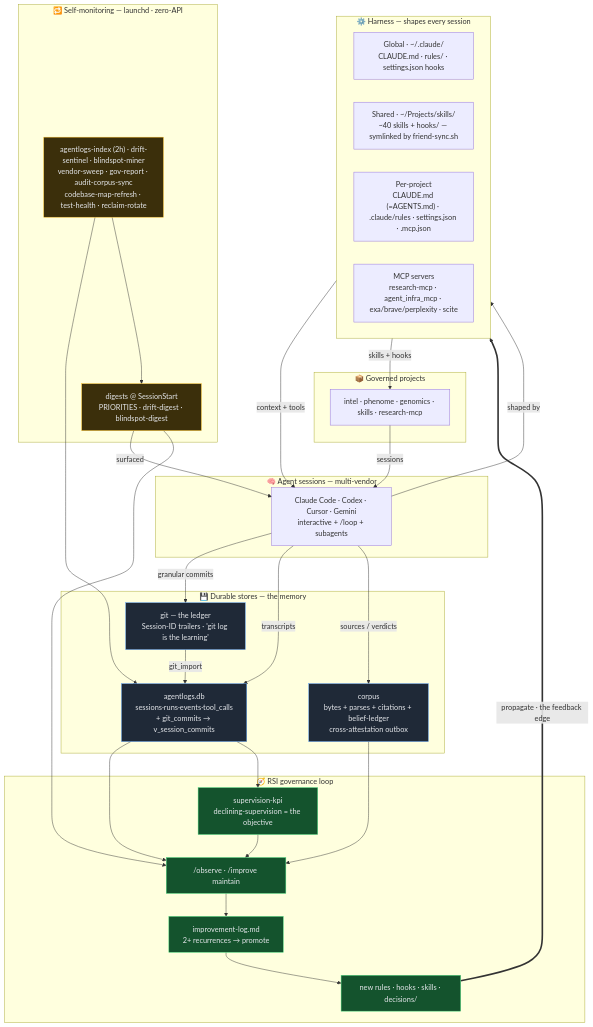
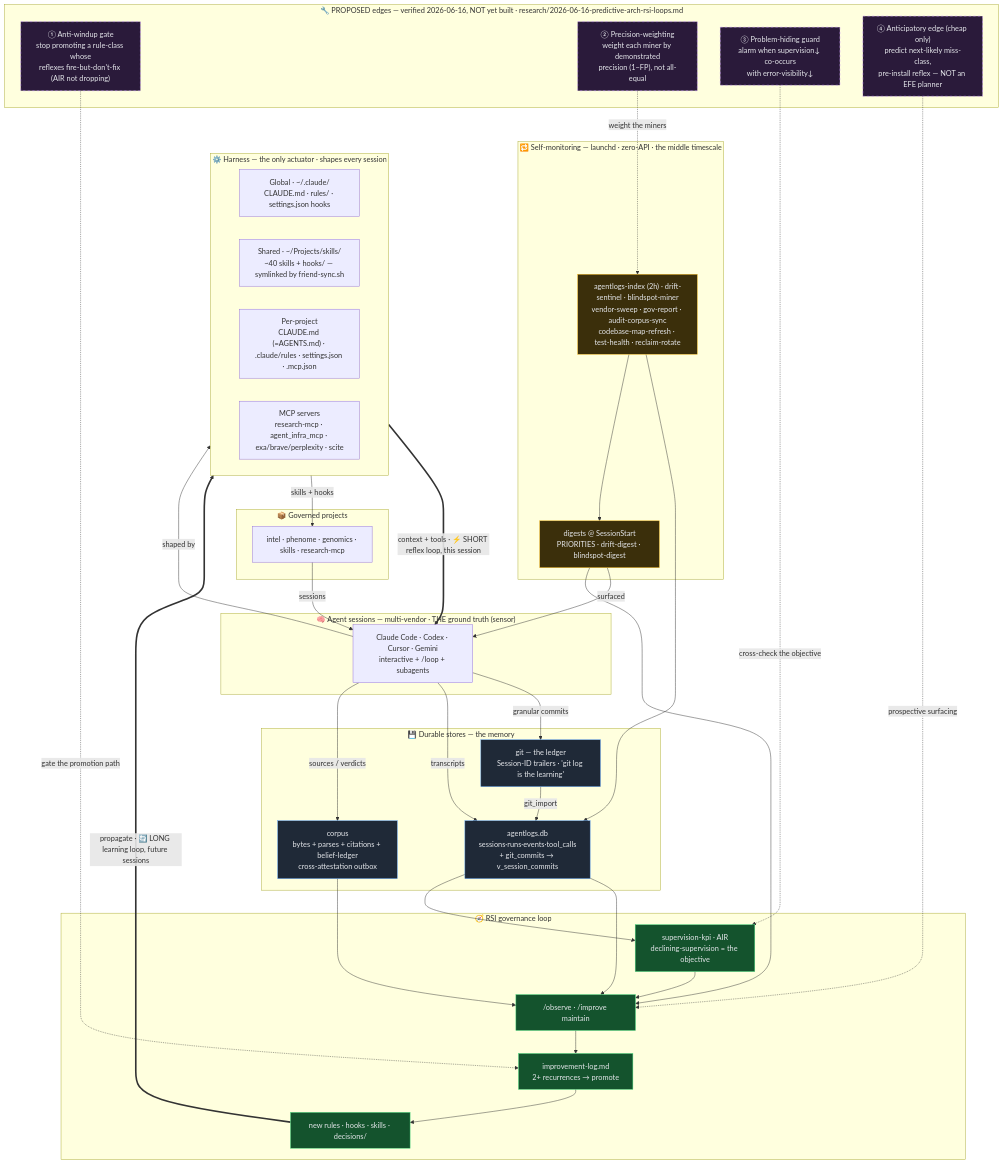
Before and after one commit to markusstrasser/agent-infra: the diagram in architecture.mmd, drawn with Mermaid. The commit also changed 2 other files, not shown here.

Commit message:
[docs] Recut ARCHITECTURE.md as a two-timescale cascade — verified
Sessions = the only sensor, harness = the only actuator. Make the two loops
explicit: SHORT reflex (seconds, within-session: harness⇄session) and LONG
learning (days-weeks, across-session: stores→miners→govern→propagate). The
launchd miners are the de-facto middle timescale. Add the 4 verified proposed
edges (dashed/purple, NOT-built): anti-windup gate, precision-weighting,
problem-hiding guard, cheap anticipatory edge — research/2026-06-16-predictive-
arch-rsi-loops.md. Collapse the inline mermaid duplicate to a pointer at
architecture.mmd (one source, P9). Fix dead 'just refresh-arch' pointer.

Verdict: 2-loop cut is RIGHT (cascade with 4-10x timescale separation), just
under-instrumented — add named edges not new loops. Anti-windup edge is
unblocked by today's AIR-instrument fix.

Evidence: research memo (control theory + active inference + H-JEPA, parent
spot-checked C8/C9/C10); architecture.png re-rendered from .mmd via mmdc.

Session-ID: a09ef6a1-1989-4c2d-b47a-53792f2183e9

```diff
--- a/architecture.mmd
+++ b/architecture.mmd
@@ -1,60 +1,80 @@
 flowchart TD
-    subgraph SESS["🧠 Agent sessions — multi-vendor"]
+    subgraph SESS["🧠 Agent sessions — multi-vendor · THE ground truth (sensor)"]
         S1["Claude Code · Codex · Cursor · Gemini<br/>interactive + /loop + subagents"]
     end
 
-    subgraph HARNESS["⚙️ Harness — shapes every session"]
+    subgraph HARNESS["⚙️ Harness — the only actuator · shapes every session"]
         G["Global · ~/.claude/<br/>CLAUDE.md · rules/ · settings.json hooks"]
         SH["Shared · ~/Projects/skills/<br/>~40 skills + hooks/ — symlinked by friend-sync.sh"]
         P["Per-project<br/>CLAUDE.md (=AGENTS.md) · .claude/rules · settings.json · .mcp.json"]
         MCP["MCP servers<br/>research-mcp · agent_infra_mcp · exa/brave/perplexity · scite"]
     end
 
     subgraph STORE["💾 Durable stores — the memory"]
         GIT["git — the ledger<br/>Session-ID trailers · 'git log is the learning'"]
         DB["agentlogs.db<br/>sessions·runs·events·tool_calls<br/>+ git_commits → v_session_commits"]
         CORP["corpus<br/>bytes + parses + citations + belief-ledger<br/>cross-attestation outbox"]
     end
 
-    subgraph WATCH["🔁 Self-monitoring — launchd · zero-API"]
+    subgraph WATCH["🔁 Self-monitoring — launchd · zero-API · the middle timescale"]
         L["agentlogs-index (2h) · drift-sentinel · blindspot-miner<br/>vendor-sweep · gov-report · audit-corpus-sync<br/>codebase-map-refresh · test-health · reclaim-rotate"]
         DIG["digests @ SessionStart<br/>PRIORITIES · drift-digest · blindspot-digest"]
     end
 
     subgraph GOV["🧭 RSI governance loop"]
         OBS["/observe · /improve maintain"]
         LOG["improvement-log.md<br/>2+ recurrences → promote"]
         RULE["new rules · hooks · skills · decisions/"]
-        KPI["supervision-kpi<br/>declining-supervision = the objective"]
+        KPI["supervision-kpi · AIR<br/>declining-supervision = the objective"]
     end
 
     subgraph PROJ["📦 Governed projects"]
         PR["intel · phenome · genomics · skills · research-mcp"]
     end
 
+    subgraph PROPOSED["🔧 PROPOSED edges — verified 2026-06-16, NOT yet built · research/2026-06-16-predictive-arch-rsi-loops.md"]
+        AW["① Anti-windup gate<br/>stop promoting a rule-class whose<br/>reflexes fire-but-don't-fix (AIR not dropping)"]
+        PW["② Precision-weighting<br/>weight each miner by demonstrated<br/>precision (1−FP), not all-equal"]
+        PH["③ Problem-hiding guard<br/>alarm when supervision↓ co-occurs<br/>with error-visibility↓"]
+        ANT["④ Anticipatory edge (cheap only)<br/>predict next-likely miss-class,<br/>pre-install reflex — NOT an EFE planner"]
+    end
+
+    %% ===== SHORT-TERM "reflex" loop — seconds, within ONE session =====
     S1 -->|shaped by| HARNESS
-    HARNESS -->|context + tools| S1
+    HARNESS ==>|context + tools · ⚡ SHORT reflex loop, this session| S1
+    DIG -->|surfaced| S1
+
+    %% ===== writes to durable memory =====
     S1 -->|granular commits| GIT
     S1 -->|transcripts| DB
     S1 -->|sources / verdicts| CORP
     GIT -->|git_import| DB
+
+    %% ===== LONG-TERM "learning" loop — days–weeks, across sessions =====
     L --> DB
     L --> DIG
-    DIG -->|surfaced| S1
     DB --> OBS
     CORP --> OBS
     DIG --> OBS
     DB --> KPI
     KPI --> OBS
     OBS --> LOG
     LOG --> RULE
-    RULE ==>|propagate · the feedback edge| HARNESS
+    RULE ==>|propagate · 🔄 LONG learning loop, future sessions| HARNESS
     HARNESS -->|skills + hooks| PR
     PR -->|sessions| S1
+
+    %% ===== proposed (dashed = not built) =====
+    AW -.->|gate the promotion path| LOG
+    PW -.->|weight the miners| L
+    PH -.->|cross-check the objective| KPI
+    ANT -.->|prospective surfacing| OBS
 
     classDef store fill:#1f2937,stroke:#60a5fa,color:#e5e7eb;
     classDef gov fill:#14532d,stroke:#4ade80,color:#e5e7eb;
     classDef watch fill:#3b2f0b,stroke:#fbbf24,color:#e5e7eb;
+    classDef prop fill:#2a1a3a,stroke:#c084fc,color:#e5e7eb,stroke-dasharray:5 5;
     class GIT,DB,CORP store;
     class OBS,LOG,RULE,KPI gov;
     class L,DIG watch;
+    class AW,PW,PH,ANT prop;
```
